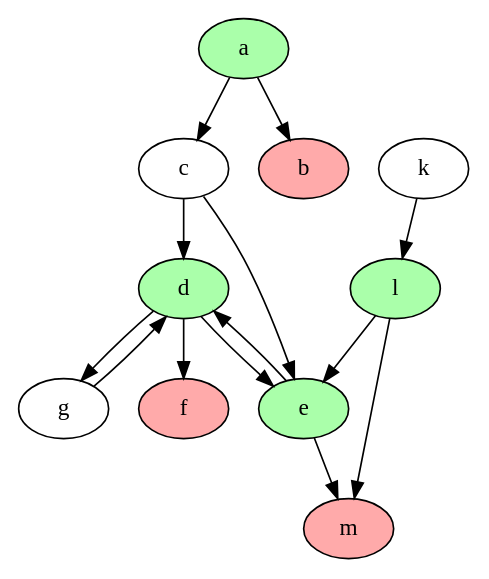
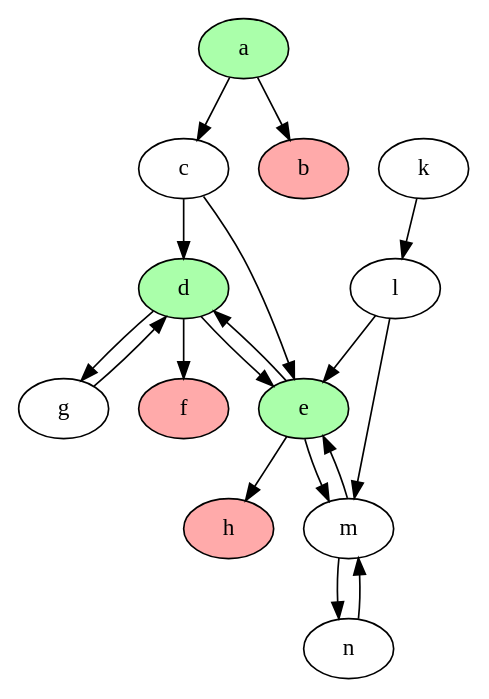
The diagram in XLoKR-2023/2-Statelog_version/output/state_1.1_graph.dot (idaks/Games-and-Argumentation), drawn with Graphviz before and after one commit. The commit also changed 14 other files, not shown here.

```diff
--- a/XLoKR-2023/2-Statelog_version/output/state_1.1_graph.dot
+++ b/XLoKR-2023/2-Statelog_version/output/state_1.1_graph.dot
@@ -1,29 +1,31 @@
 strict digraph "" {
 	a	[fillcolor="#AAFFAA",
 		style=filled];
 	b	[fillcolor="#FFAAAA",
 		style=filled];
 	a -> b	[dir=forward];
 	a -> c	[dir=forward];
 	d	[fillcolor="#AAFFAA",
 		style=filled];
 	c -> d	[dir=forward];
 	e	[fillcolor="#AAFFAA",
 		style=filled];
 	c -> e	[dir=forward];
-	l	[fillcolor="#AAFFAA",
-		style=filled];
 	k -> l	[dir=forward];
 	l -> e	[dir=forward];
-	m	[fillcolor="#FFAAAA",
-		style=filled];
 	l -> m	[dir=forward];
 	d -> e	[dir=forward];
 	f	[fillcolor="#FFAAAA",
 		style=filled];
 	d -> f	[dir=forward];
 	d -> g	[dir=forward];
 	e -> d	[dir=forward];
 	e -> m	[dir=forward];
+	h	[fillcolor="#FFAAAA",
+		style=filled];
+	e -> h	[dir=forward];
+	m -> e	[dir=forward];
+	m -> n	[dir=forward];
 	g -> d	[dir=forward];
+	n -> m	[dir=forward];
 }
```
